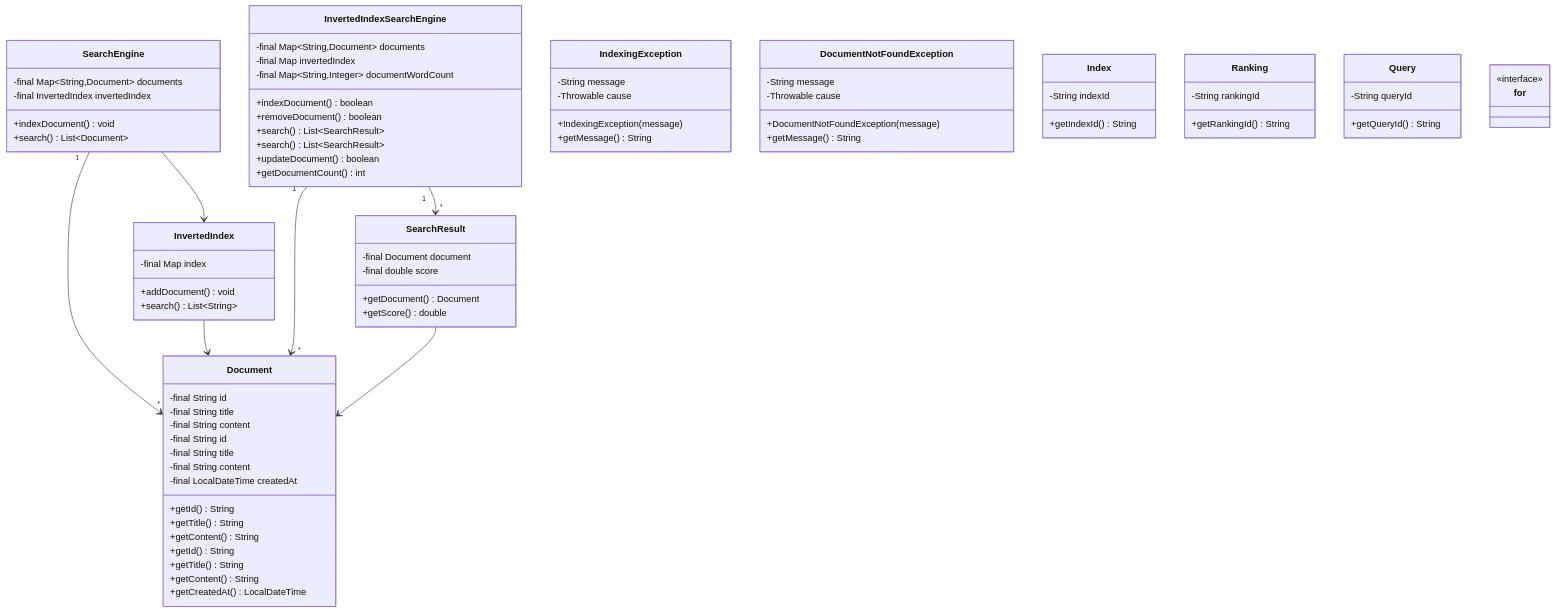
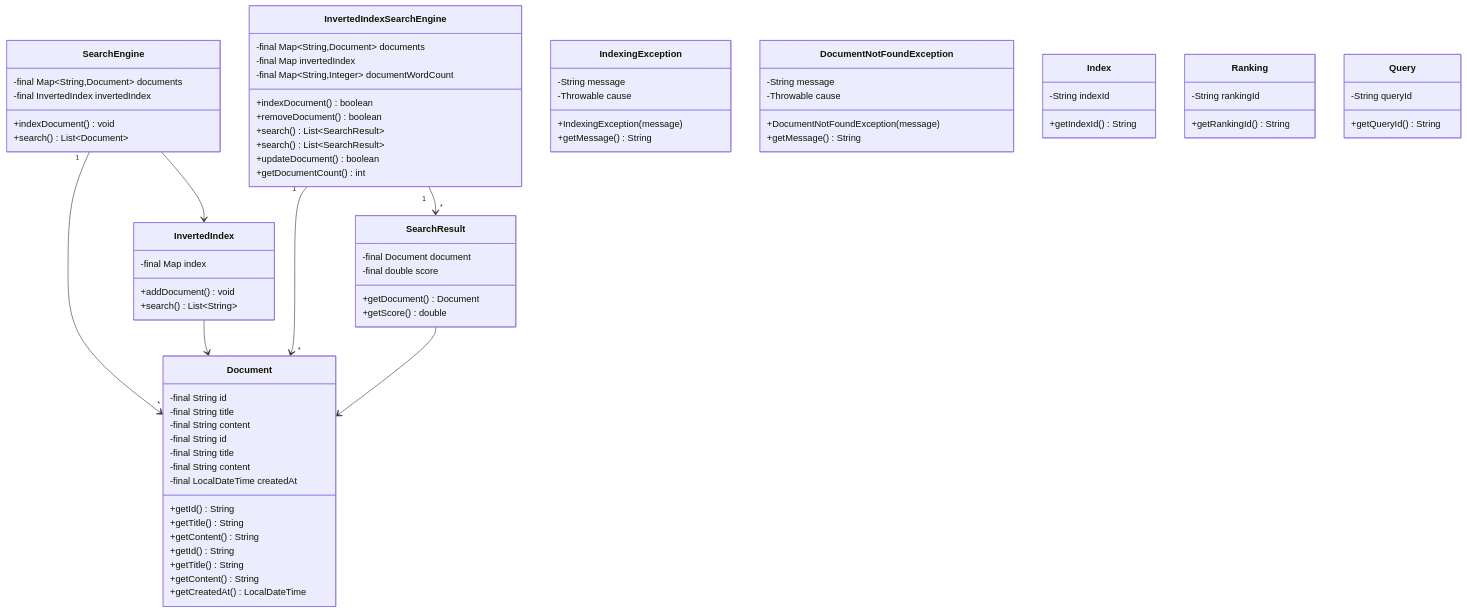
Before and after one commit to dlkr18/lld-playbook: the diagram in docs/problems/simplesearch/diagrams/class-diagram.mmd, drawn with Mermaid. The commit also changed 95 other files, not shown here.

```diff
--- a/docs/problems/simplesearch/diagrams/class-diagram.mmd
+++ b/docs/problems/simplesearch/diagrams/class-diagram.mmd
@@ -1,92 +1,89 @@
 classDiagram
 
     class SearchEngine {
         -final Map~String,Document~ documents
         -final InvertedIndex invertedIndex
         +indexDocument() void
         +search() List~Document~
     }
 
     class Document {
         -final String id
         -final String title
         -final String content
         +getId() String
         +getTitle() String
         +getContent() String
     }
 
     class InvertedIndex {
         -final Map<String, List~String~> index
         +addDocument() void
         +search() List~String~
     }
 
     class InvertedIndexSearchEngine {
         -final Map~String,Document~ documents
         -final Map<String, Set~String~> invertedIndex
         -final Map~String,Integer~ documentWordCount
         +indexDocument() boolean
         +removeDocument() boolean
         +search() List~SearchResult~
         +search() List~SearchResult~
         +updateDocument() boolean
         +getDocumentCount() int
     }
 
     class IndexingException {
         -String message
         -Throwable cause
         +IndexingException(message)
         +getMessage() String
     }
 
     class DocumentNotFoundException {
         -String message
         -Throwable cause
         +DocumentNotFoundException(message)
         +getMessage() String
     }
 
     class Index {
         -String indexId
         +getIndexId() String
     }
 
     class Document {
         -final String id
         -final String title
         -final String content
         -final LocalDateTime createdAt
         +getId() String
         +getTitle() String
         +getContent() String
         +getCreatedAt() LocalDateTime
     }
 
     class Ranking {
         -String rankingId
         +getRankingId() String
     }
 
     class SearchResult {
         -final Document document
         -final double score
         +getDocument() Document
         +getScore() double
     }
 
     class Query {
         -String queryId
         +getQueryId() String
     }
 
-    class for
-    <<interface>> for
-
     InvertedIndex --> Document
     SearchResult --> Document
     SearchEngine "1" --> "*" Document
     SearchEngine --> InvertedIndex
     InvertedIndexSearchEngine "1" --> "*" Document
     InvertedIndexSearchEngine "1" --> "*" SearchResult
```
